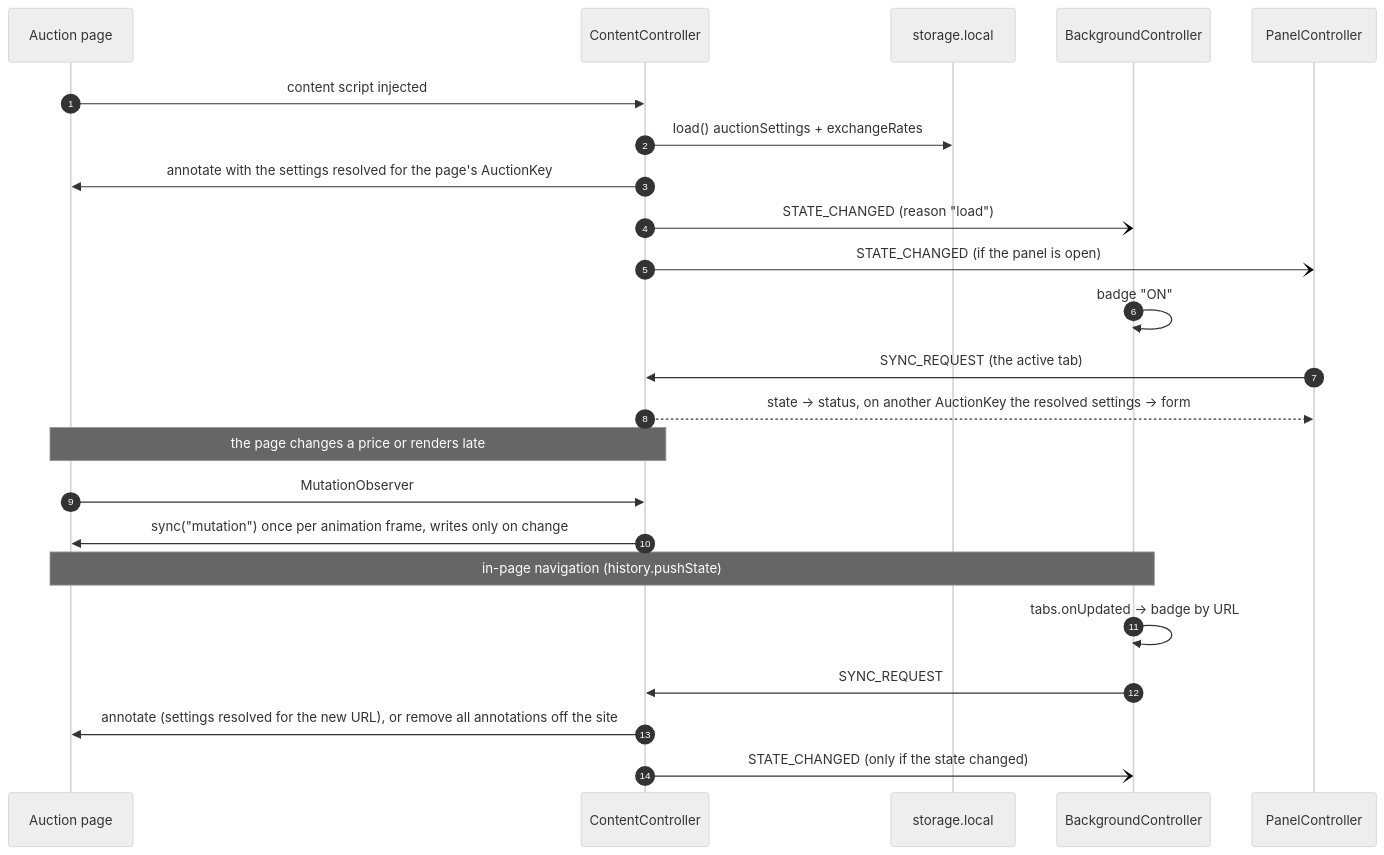
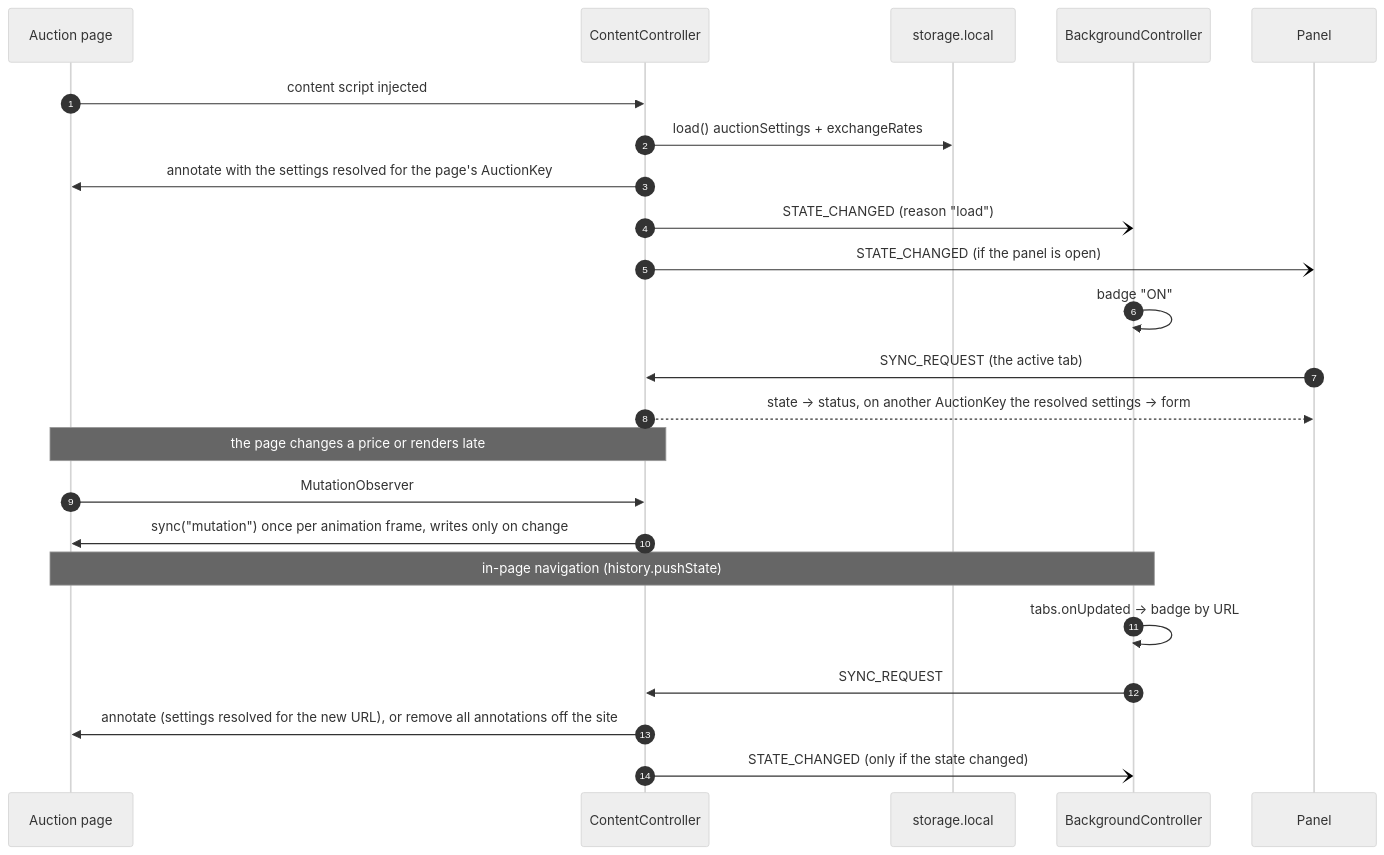
The fifth of 8 diagrams in docs/architecture.md (radyak/minerva-browserplugin), drawn with Mermaid (neutral theme) before and after one commit. The commit also changed other lines of this file and 27 other files, not shown here.

````diff
--- a/docs/architecture.md
+++ b/docs/architecture.md
@@ -271,28 +265,28 @@
 ```mermaid
 sequenceDiagram
   autonumber
   participant Page as Auction page
   participant CC as ContentController
   participant Store as storage.local
   participant BC as BackgroundController
-  participant PC as PanelController
+  participant PC as Panel
 
   Page->>CC: content script injected
   CC->>Store: load() auctionSettings + exchangeRates
   CC->>Page: annotate with the settings resolved for the page's AuctionKey
   CC-)BC: STATE_CHANGED (reason "load")
   CC-)PC: STATE_CHANGED (if the panel is open)
   BC->>BC: badge "ON"
   PC->>CC: SYNC_REQUEST (the active tab)
   CC-->>PC: state → status, on another AuctionKey the resolved settings → form
 
   Note over Page,CC: the page changes a price or renders late
   Page->>CC: MutationObserver
   CC->>Page: sync("mutation") once per animation frame, writes only on change
 
   Note over Page,BC: in-page navigation (history.pushState)
   BC->>BC: tabs.onUpdated → badge by URL
   BC->>CC: SYNC_REQUEST
   CC->>Page: annotate (settings resolved for the new URL), or remove all annotations off the site
   CC-)BC: STATE_CHANGED (only if the state changed)
 ```
````
